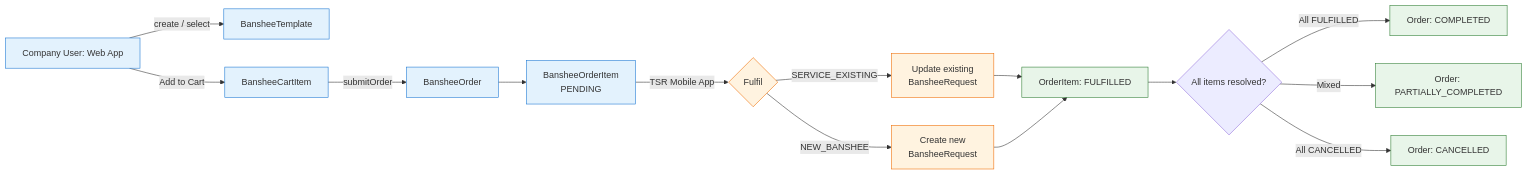
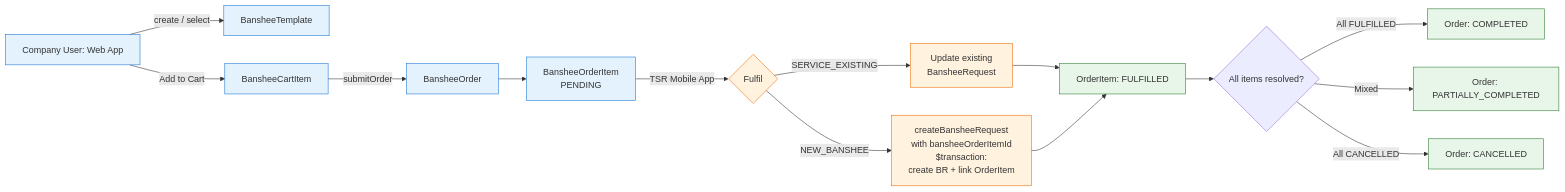
One commit to omikking/iot-device changed the tenth of 21 diagrams in docs/techinal-design-document.md. Above: the diagram before and after it, drawn with Mermaid. The commit also changed other lines of this file and 8 other files, not shown here.

````diff
--- a/docs/techinal-design-document.md
+++ b/docs/techinal-design-document.md
@@ -1018,23 +1018,23 @@
 ```mermaid
 flowchart LR
     A[Company User: Web App] -->|create / select| T[BansheeTemplate]
     A -->|Add to Cart| C[BansheeCartItem]
     C -->|submitOrder| O[BansheeOrder]
     O --> OI[BansheeOrderItem<br/>PENDING]
     OI -->|TSR Mobile App| TSR{Fulfil}
     TSR -->|SERVICE_EXISTING| BR1[Update existing<br/>BansheeRequest]
-    TSR -->|NEW_BANSHEE| BR2[Create new<br/>BansheeRequest]
+    TSR -->|NEW_BANSHEE| BR2[createBansheeRequest<br/>with bansheeOrderItemId<br/>$transaction:<br/>create BR + link OrderItem]
     BR1 --> F[OrderItem: FULFILLED]
     BR2 --> F
     F --> RC{All items resolved?}
     RC -->|All FULFILLED| OC[Order: COMPLETED]
     RC -->|Mixed| OP[Order: PARTIALLY_COMPLETED]
     RC -->|All CANCELLED| OX[Order: CANCELLED]
 
     classDef company fill:#e3f2fd,stroke:#1976d2;
     classDef tsr fill:#fff3e0,stroke:#ef6c00;
     classDef done fill:#e8f5e9,stroke:#2e7d32;
     class A,T,C,O,OI company;
     class TSR,BR1,BR2 tsr;
     class F,OC,OP,OX done;
 ```
````
